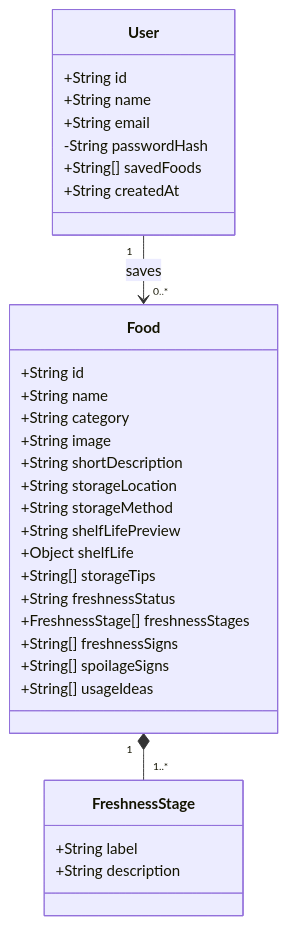
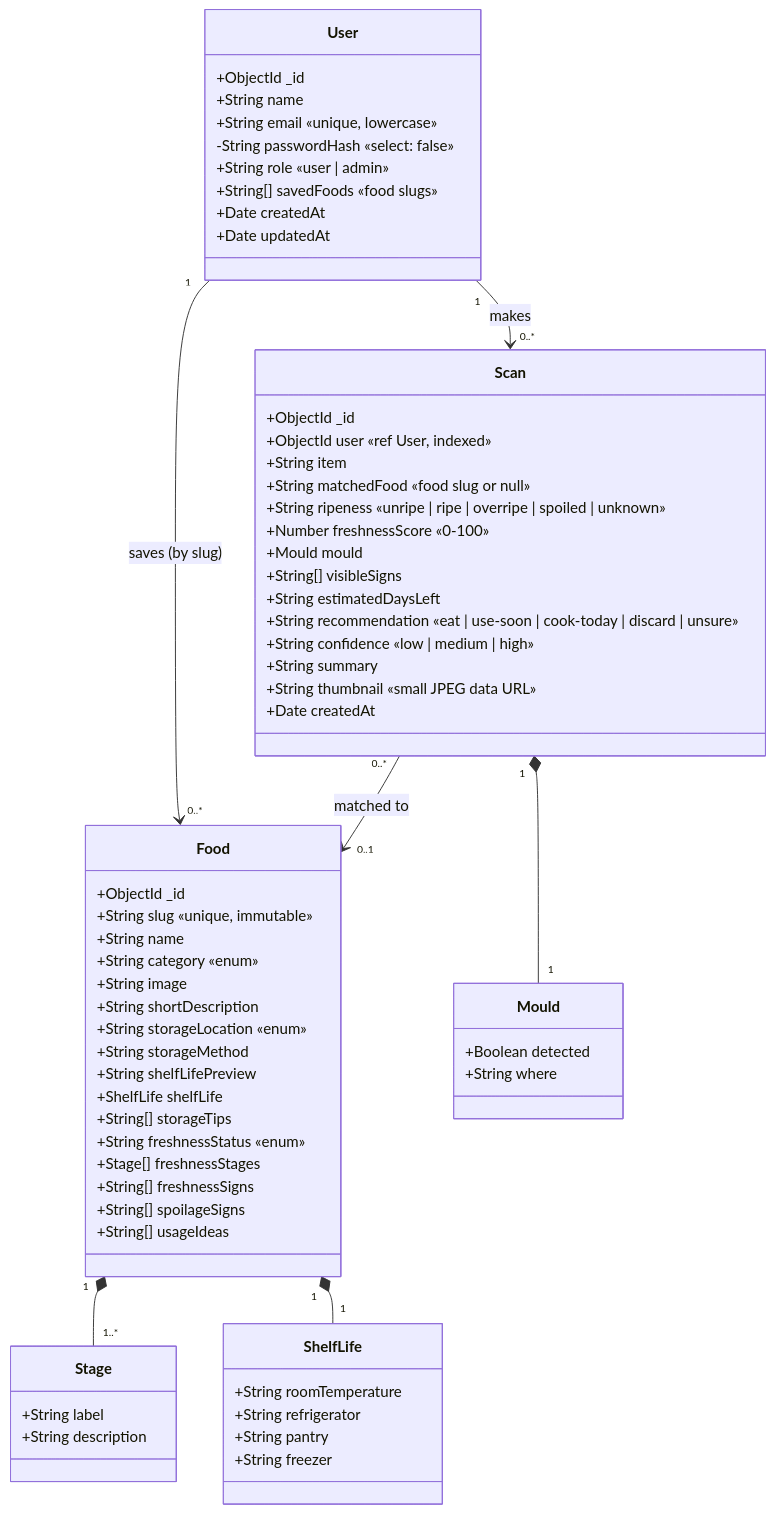
The third of 6 diagrams in PROJECT_STATUS.md (sheershh/ShelfLife), drawn with Mermaid before and after one commit. The commit also changed other lines of this file and 75 other files, not shown here.

First line of the commit message:
ShelfLife 2.0: MongoDB Atlas, AI freshness scanner, admin console, redesign

````diff
--- a/PROJECT_STATUS.md
+++ b/PROJECT_STATUS.md
@@ -155,34 +106,67 @@
 ```mermaid
 classDiagram
     class User {
-        +String id
+        +ObjectId _id
         +String name
-        +String email
-        -String passwordHash
-        +String[] savedFoods
-        +String createdAt
+        +String email  «unique, lowercase»
+        -String passwordHash  «select: false»
+        +String role  «user | admin»
+        +String[] savedFoods  «food slugs»
+        +Date createdAt
+        +Date updatedAt
     }
     class Food {
-        +String id
+        +ObjectId _id
+        +String slug  «unique, immutable»
         +String name
-        +String category
+        +String category  «enum»
         +String image
         +String shortDescription
-        +String storageLocation
+        +String storageLocation  «enum»
         +String storageMethod
         +String shelfLifePreview
-        +Object shelfLife
+        +ShelfLife shelfLife
         +String[] storageTips
-        +String freshnessStatus
-        +FreshnessStage[] freshnessStages
+        +String freshnessStatus  «enum»
+        +Stage[] freshnessStages
         +String[] freshnessSigns
         +String[] spoilageSigns
         +String[] usageIdeas
     }
-    class FreshnessStage {
+    class Stage {
         +String label
         +String description
     }
-    User "1" --> "0..*" Food : saves
-    Food "1" *-- "1..*" FreshnessStage
+    class ShelfLife {
+        +String roomTemperature
+        +String refrigerator
+        +String pantry
+        +String freezer
+    }
+    class Scan {
+        +ObjectId _id
+        +ObjectId user  «ref User, indexed»
+        +String item
+        +String matchedFood  «food slug or null»
+        +String ripeness  «unripe | ripe | overripe | spoiled | unknown»
+        +Number freshnessScore  «0-100»
+        +Mould mould
+        +String[] visibleSigns
+        +String estimatedDaysLeft
+        +String recommendation  «eat | use-soon | cook-today | discard | unsure»
+        +String confidence  «low | medium | high»
+        +String summary
+        +String thumbnail  «small JPEG data URL»
+        +Date createdAt
+    }
+    class Mould {
+        +Boolean detected
+        +String where
+    }
+    User "1" --> "0..*" Food : saves (by slug)
+    User "1" --> "0..*" Scan : makes
+    Scan "0..*" --> "0..1" Food : matched to
+    Food "1" *-- "1..*" Stage
+    Food "1" *-- "1" ShelfLife
+    Scan "1" *-- "1" Mould
 ```
````
